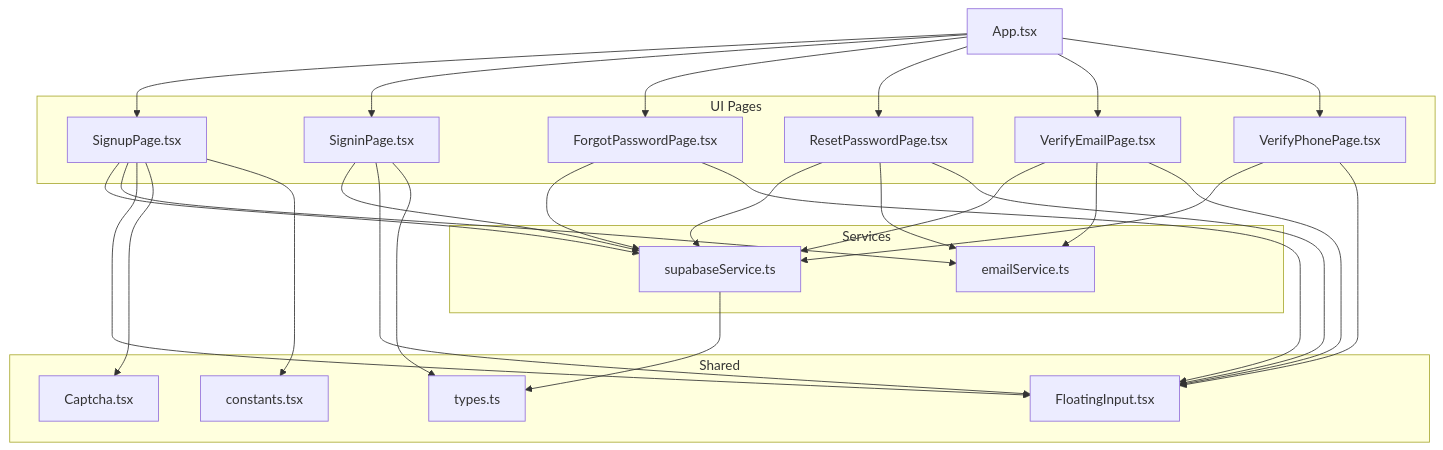
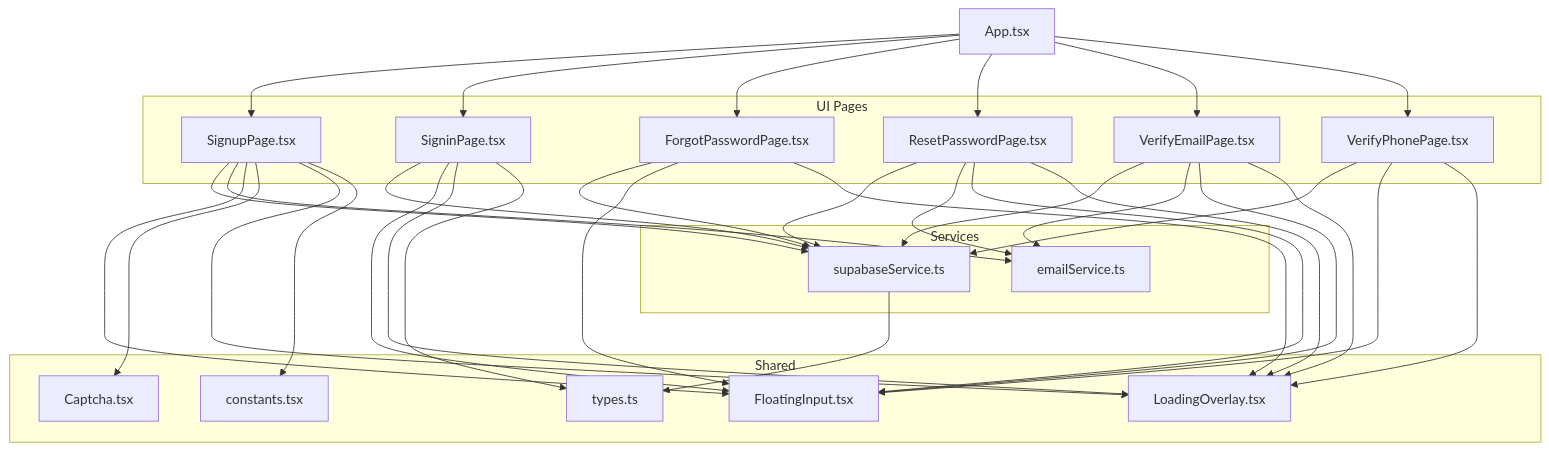
Before and after one commit to zpria/ACCOUND-ZPRIA: the first of 14 diagrams in .qoder/repowiki/en/content/Authentication System/Authentication System.md, drawn with Mermaid. The commit also changed other lines of this file and 12 other files, not shown here.

````diff
--- a/.qoder/repowiki/en/content/Authentication System/Authentication System.md
+++ b/.qoder/repowiki/en/content/Authentication System/Authentication System.md
@@ -43,47 +53,54 @@
 ```mermaid
 graph TB
 subgraph "UI Pages"
 Sgn["SignupPage.tsx"]
 Sin["SigninPage.tsx"]
 Fgp["ForgotPasswordPage.tsx"]
 Rst["ResetPasswordPage.tsx"]
 Vem["VerifyEmailPage.tsx"]
 Vph["VerifyPhonePage.tsx"]
 end
 subgraph "Services"
 Sup["supabaseService.ts"]
 Em["emailService.ts"]
 end
 subgraph "Shared"
 Typ["types.ts"]
 Cst["constants.tsx"]
 Flt["FloatingInput.tsx"]
 Cap["Captcha.tsx"]
+Loa["LoadingOverlay.tsx"]
 end
 App["App.tsx"]
 App --> Sgn
 App --> Sin
 App --> Fgp
 App --> Rst
 App --> Vem
 App --> Vph
 Sgn --> Sup
 Sin --> Sup
 Fgp --> Sup
 Rst --> Sup
 Vem --> Sup
 Vph --> Sup
 Sgn --> Em
 Vem --> Em
 Rst --> Em
 Sgn --> Flt
 Sin --> Flt
 Fgp --> Flt
 Rst --> Flt
 Vem --> Flt
 Vph --> Flt
 Sgn --> Cap
+Sgn --> Loa
+Sin --> Loa
+Fgp --> Loa
+Rst --> Loa
+Vem --> Loa
+Vph --> Loa
 Sgn --> Cst
 Sin --> Typ
 Sup --> Typ
 ```
````
